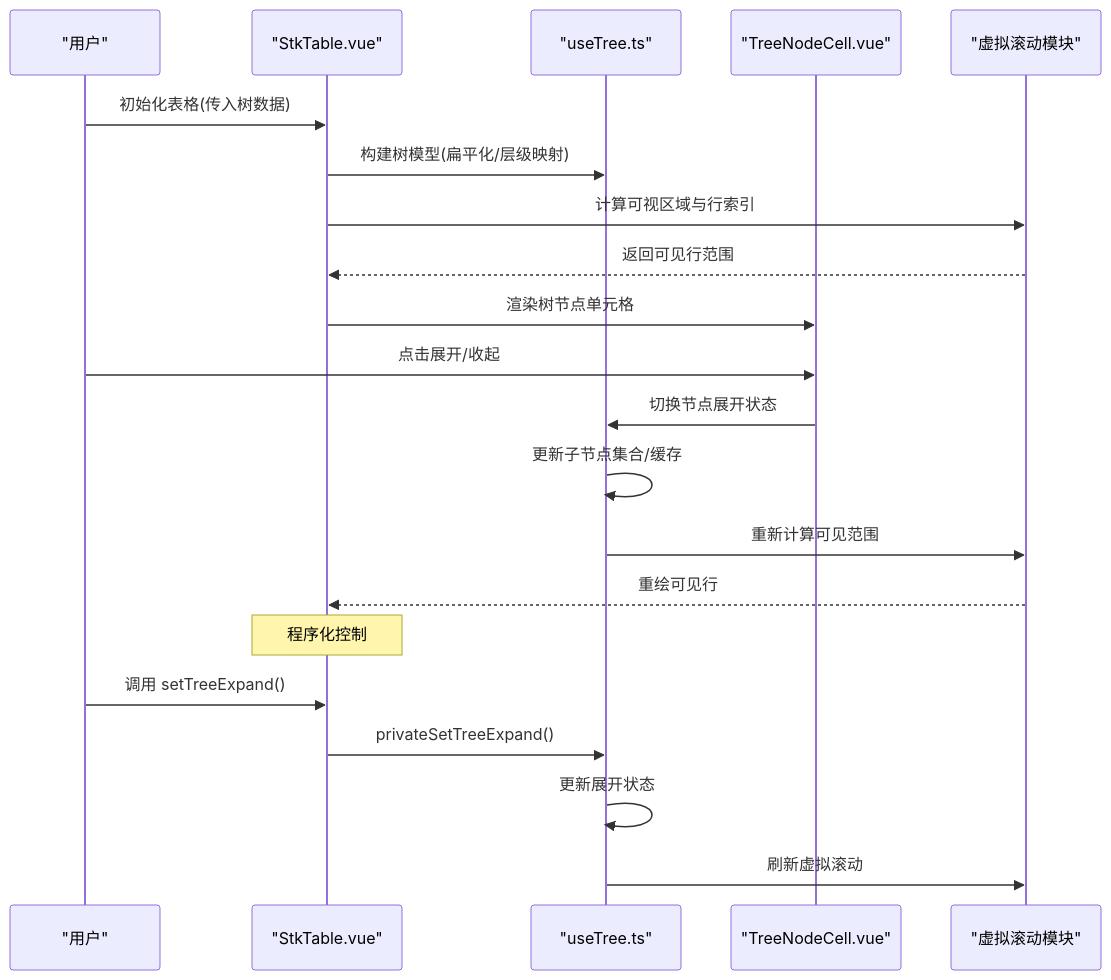
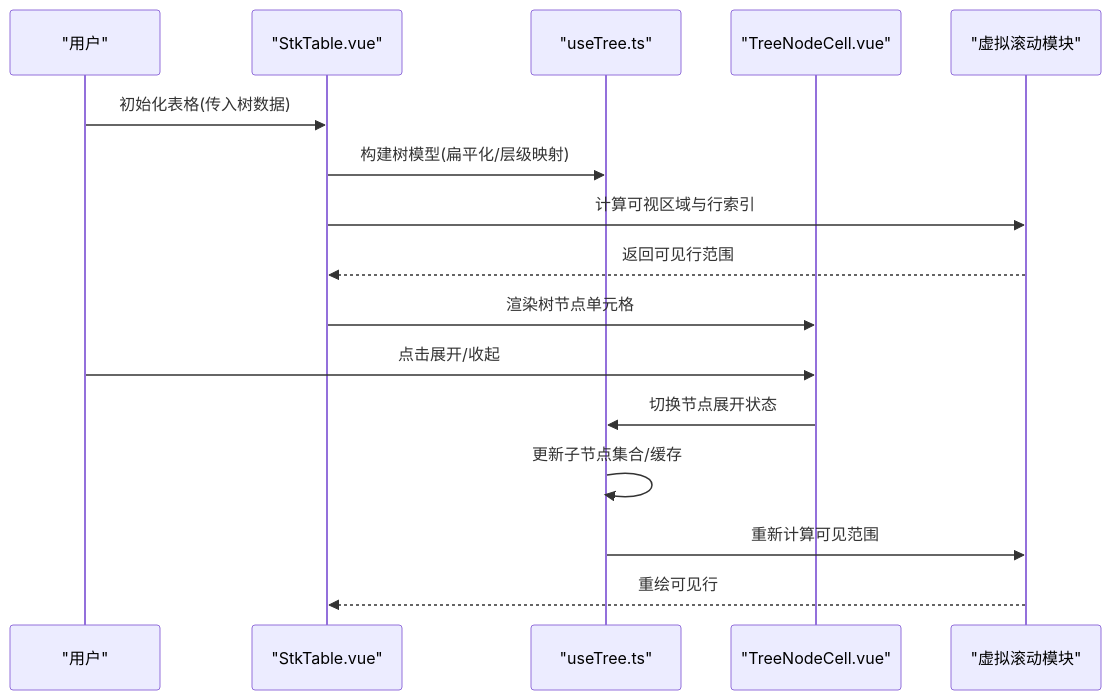
Before and after one commit to ja-plus/stk-table-vue: the second of 6 diagrams in .qoder/repowiki/zh/content/高级功能/树形数据.md, drawn with Mermaid. The commit also changed other lines of this file and 47 other files, not shown here.

````diff
--- a/.qoder/repowiki/zh/content/高级功能/树形数据.md
+++ b/.qoder/repowiki/zh/content/高级功能/树形数据.md
@@ -101,23 +104,18 @@
 ```mermaid
 sequenceDiagram
 participant U as "用户"
 participant T as "StkTable.vue"
 participant Tree as "useTree.ts"
 participant Cell as "TreeNodeCell.vue"
 participant V as "虚拟滚动模块"
 U->>T : 初始化表格(传入树数据)
 T->>Tree : 构建树模型(扁平化/层级映射)
 T->>V : 计算可视区域与行索引
 V-->>T : 返回可见行范围
 T->>Cell : 渲染树节点单元格
 U->>Cell : 点击展开/收起
 Cell->>Tree : 切换节点展开状态
 Tree->>Tree : 更新子节点集合/缓存
 Tree->>V : 重新计算可见范围
 V-->>T : 重绘可见行
-Note over T : 程序化控制
-U->>T : 调用 setTreeExpand()
-T->>Tree : privateSetTreeExpand()
-Tree->>Tree : 更新展开状态
-Tree->>V : 刷新虚拟滚动
 ```
````
